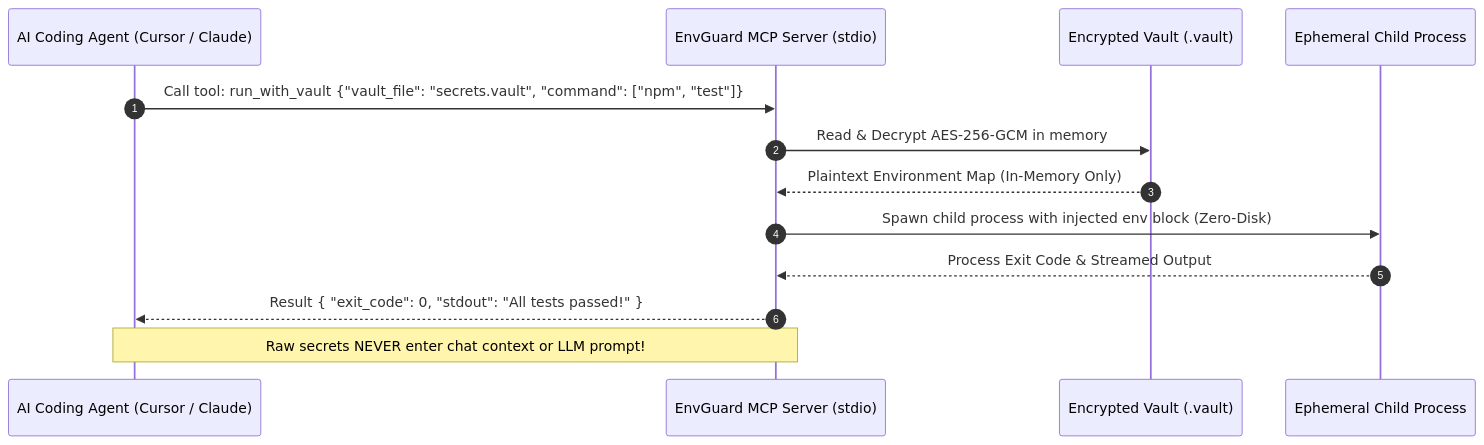
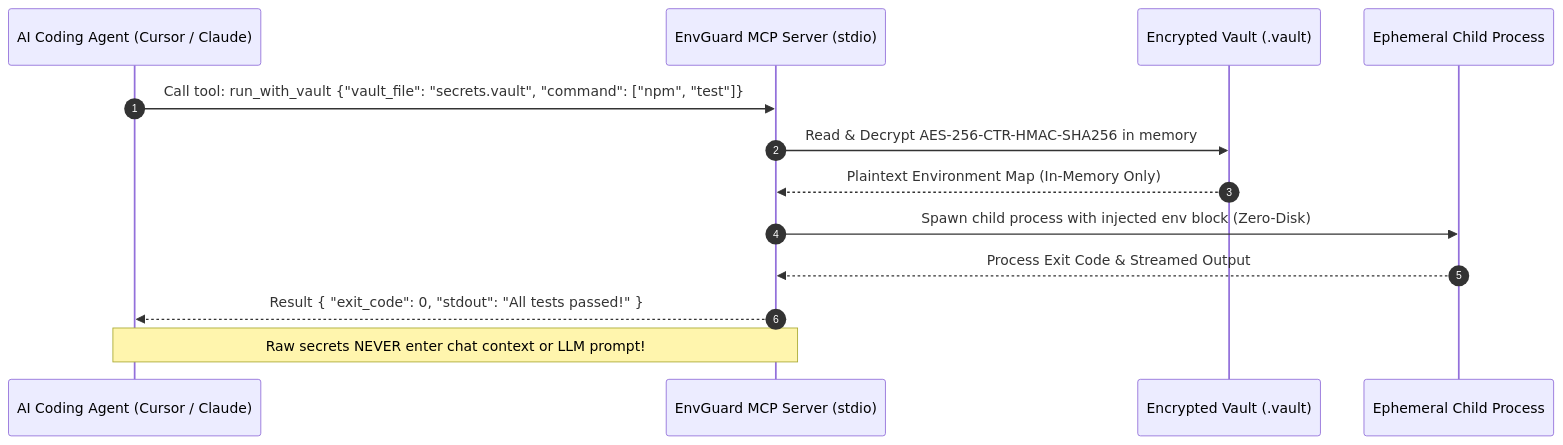
The diagram in docs/MCP_GUIDE.md (1nc0gn30/envguard-secrets-vault), drawn with Mermaid before and after one commit. The commit also changed other lines of this file and 12 other files, not shown here.

Commit message:
fix(crypto): align cipher labels to true AES-256-CTR-HMAC-SHA256 engine across all docs, examples, and tests

````diff
--- a/docs/MCP_GUIDE.md
+++ b/docs/MCP_GUIDE.md
@@ -11,16 +11,16 @@
 ```mermaid
 sequenceDiagram
     autonumber
     participant Agent as AI Coding Agent (Cursor / Claude)
     participant MCP as EnvGuard MCP Server (stdio)
     participant Vault as Encrypted Vault (.vault)
     participant Proc as Ephemeral Child Process
 
     Agent->>MCP: Call tool: run_with_vault {"vault_file": "secrets.vault", "command": ["npm", "test"]}
-    MCP->>Vault: Read & Decrypt AES-256-GCM in memory
+    MCP->>Vault: Read & Decrypt AES-256-CTR-HMAC-SHA256 in memory
     Vault-->>MCP: Plaintext Environment Map (In-Memory Only)
     MCP->>Proc: Spawn child process with injected env block (Zero-Disk)
     Proc-->>MCP: Process Exit Code & Streamed Output
     MCP-->>Agent: Result { "exit_code": 0, "stdout": "All tests passed!" }
     Note over Agent,MCP: Raw secrets NEVER enter chat context or LLM prompt!
 ```
````
